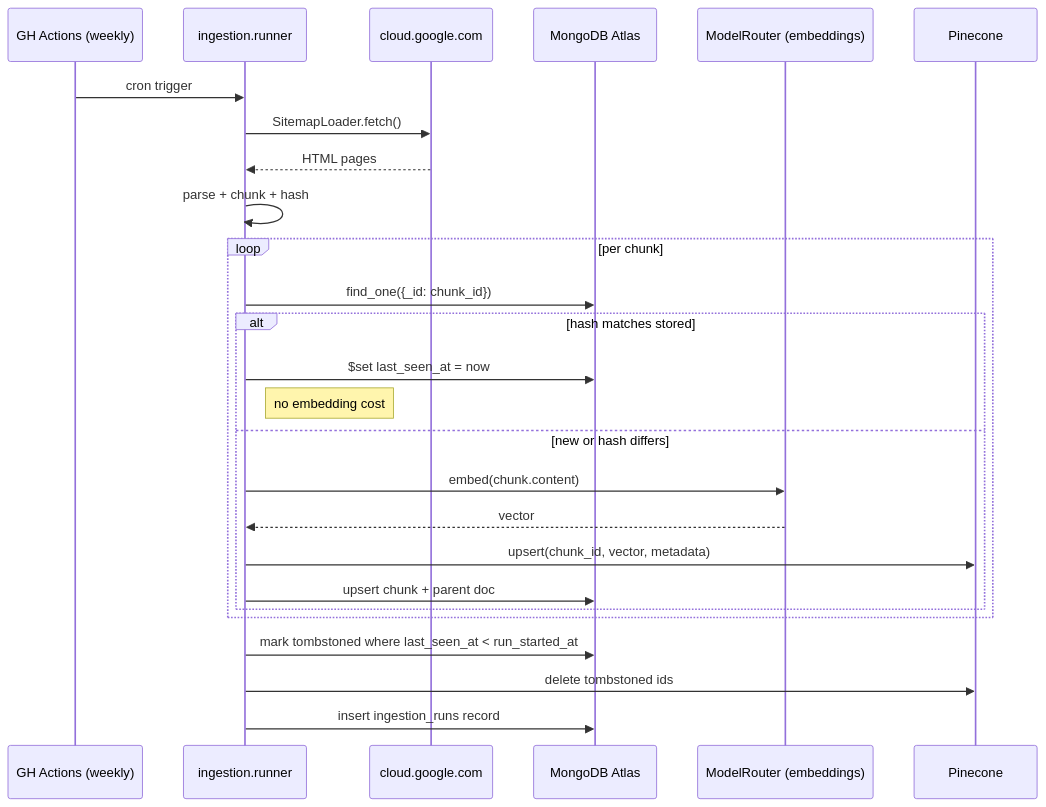
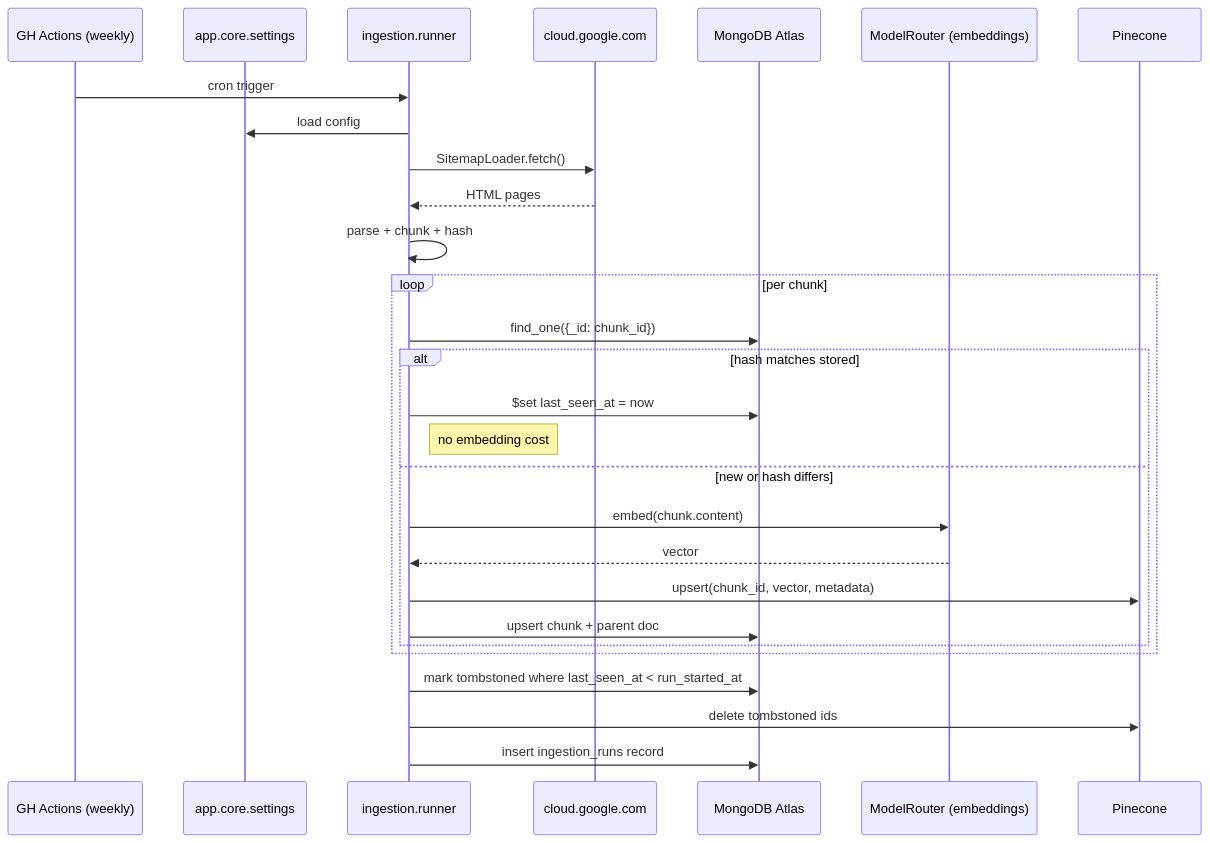
Before and after one commit to Raydje/Certif-Cloud-Exam-Generator: the second of 2 diagrams in architecture-app.md, drawn with Mermaid. The commit also changed other lines of this file and 4 other files, not shown here.

Commit message:
upgrading architecture

````diff
--- a/architecture-app.md
+++ b/architecture-app.md
@@ -79,29 +84,31 @@
 ```mermaid
 sequenceDiagram
     participant GH as GH Actions (weekly)
+    participant Set as app.core.settings
     participant Run as ingestion.runner
     participant Web as cloud.google.com
     participant Mongo as MongoDB Atlas
     participant Emb as ModelRouter (embeddings)
     participant Pine as Pinecone
 
     GH->>Run: cron trigger
+    Run->>Set: load config
     Run->>Web: SitemapLoader.fetch()
     Web-->>Run: HTML pages
     Run->>Run: parse + chunk + hash
     loop per chunk
         Run->>Mongo: find_one({_id: chunk_id})
         alt hash matches stored
             Run->>Mongo: $set last_seen_at = now
             Note right of Run: no embedding cost
         else new or hash differs
             Run->>Emb: embed(chunk.content)
             Emb-->>Run: vector
             Run->>Pine: upsert(chunk_id, vector, metadata)
             Run->>Mongo: upsert chunk + parent doc
         end
     end
     Run->>Mongo: mark tombstoned where last_seen_at < run_started_at
     Run->>Pine: delete tombstoned ids
     Run->>Mongo: insert ingestion_runs record
 ```
````
